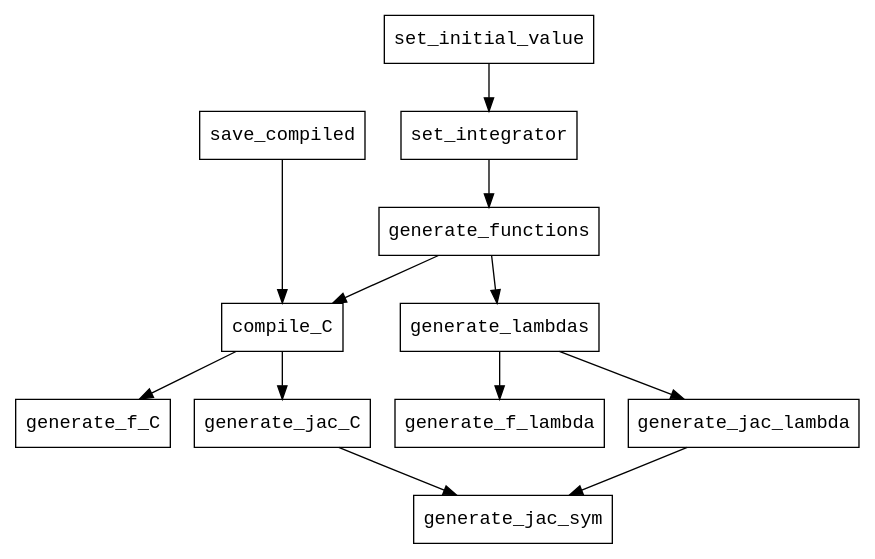
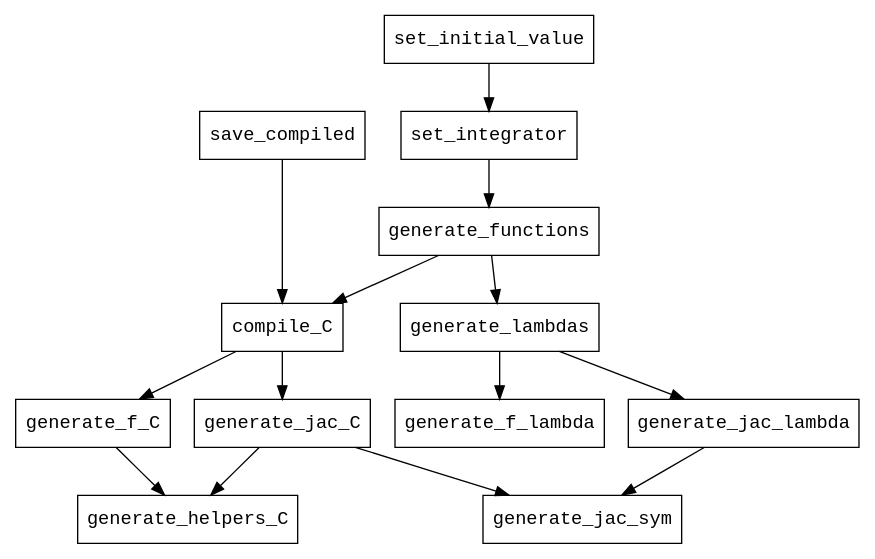
Before and after one commit to neurophysik/jitcode: the diagram in docs/index.rst, drawn with Graphviz.

Commit message:
Including generate_helpers_C in dependency diagram

```diff
--- a/docs/index.rst
+++ b/docs/index.rst
@@ -67,10 +67,11 @@
 .. digraph:: foo
 	
 	node [shape=box fontname="Monospace"];
 	{rank = same; "save_compiled"; "set_integrator"}
 	"set_initial_value" -> "set_integrator";
 	"save_compiled" -> "compile_C";
-	"set_integrator" -> "generate_functions" -> "compile_C" -> "generate_f_C";
+	"set_integrator" -> "generate_functions" -> "compile_C" -> "generate_f_C" -> "generate_helpers_C";
 	"compile_C" -> "generate_jac_C" -> "generate_jac_sym";
+	"generate_jac_C"  -> "generate_helpers_C";
 	"generate_functions" -> "generate_lambdas" -> "generate_f_lambda";
 	"generate_lambdas" -> "generate_jac_lambda"-> "generate_jac_sym";
```
